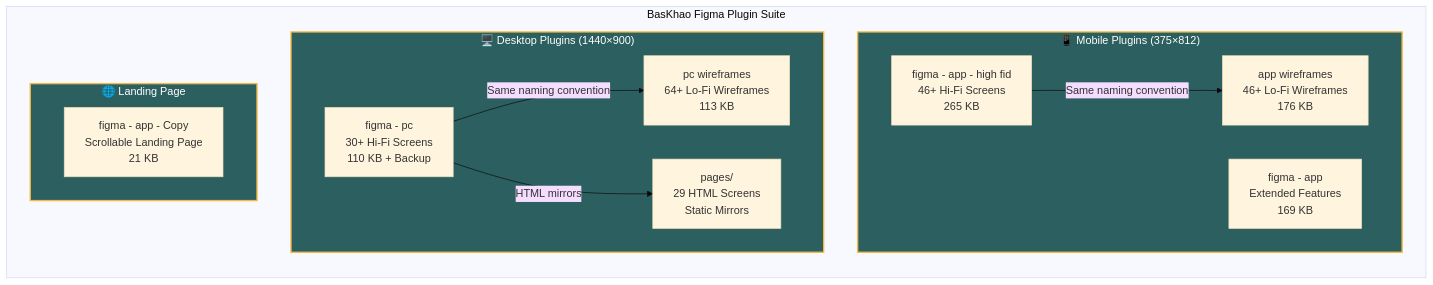
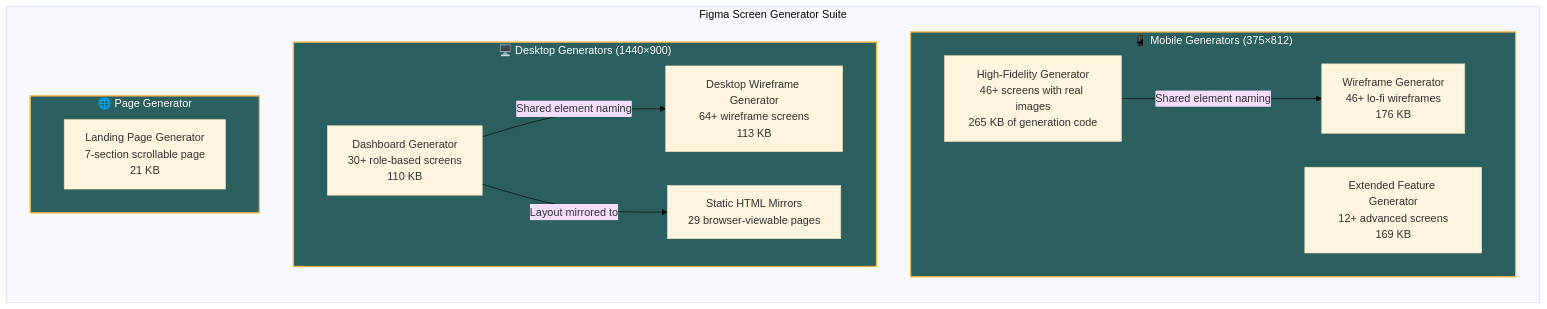
One commit to MaazSohail11/Figma-Screen-generator changed the first of 4 diagrams in README.md. Above: the diagram before and after it, drawn with Mermaid (base theme). The commit also changed other lines of this file, not shown here.

Commit message:
Rewrite README: position as generic Figma Screen Generator tool, remove domain-specific branding

````diff
--- a/README.md
+++ b/README.md
@@ -27,30 +42,30 @@
 ```mermaid
 graph TB
-    subgraph "BasKhao Figma Plugin Suite"
+    subgraph "Figma Screen Generator Suite"
         direction TB
         
-        subgraph MOBILE["📱 Mobile Plugins (375×812)"]
-            APP_HF["figma - app - high fid<br/>46+ Hi-Fi Screens<br/>265 KB"]
-            APP_LF["app wireframes<br/>46+ Lo-Fi Wireframes<br/>176 KB"]
-            APP_MID["figma - app<br/>Extended Features<br/>169 KB"]
+        subgraph MOBILE["📱 Mobile Generators (375×812)"]
+            APP_HF["High-Fidelity Generator<br/>46+ screens with real images<br/>265 KB of generation code"]
+            APP_LF["Wireframe Generator<br/>46+ lo-fi wireframes<br/>176 KB"]
+            APP_EXT["Extended Feature Generator<br/>12+ advanced screens<br/>169 KB"]
         end
         
-        subgraph DESKTOP["🖥️ Desktop Plugins (1440×900)"]
-            PC_HF["figma - pc<br/>30+ Hi-Fi Screens<br/>110 KB + Backup"]
-            PC_LF["pc wireframes<br/>64+ Lo-Fi Wireframes<br/>113 KB"]
-            PC_PAGES["pages/<br/>29 HTML Screens<br/>Static Mirrors"]
+        subgraph DESKTOP["🖥️ Desktop Generators (1440×900)"]
+            PC_HF["Dashboard Generator<br/>30+ role-based screens<br/>110 KB"]
+            PC_LF["Desktop Wireframe Generator<br/>64+ wireframe screens<br/>113 KB"]
+            PC_HTML["Static HTML Mirrors<br/>29 browser-viewable pages"]
         end
         
-        subgraph LANDING["🌐 Landing Page"]
-            LAND["figma - app - Copy<br/>Scrollable Landing Page<br/>21 KB"]
+        subgraph LANDING["🌐 Page Generator"]
+            LAND["Landing Page Generator<br/>7-section scrollable page<br/>21 KB"]
         end
     end
     
-    APP_HF -->|"Same naming convention"| APP_LF
-    PC_HF -->|"Same naming convention"| PC_LF
-    PC_HF -->|"HTML mirrors"| PC_PAGES
+    APP_HF -->|"Shared element naming"| APP_LF
+    PC_HF -->|"Shared element naming"| PC_LF
+    PC_HF -->|"Layout mirrored to"| PC_HTML
 
     style MOBILE fill:#2C5F5F,color:#fff,stroke:#F4B942,stroke-width:2px
     style DESKTOP fill:#2C5F5F,color:#fff,stroke:#F4B942,stroke-width:2px
     style LANDING fill:#2C5F5F,color:#fff,stroke:#F4B942,stroke-width:2px
 ```
````
